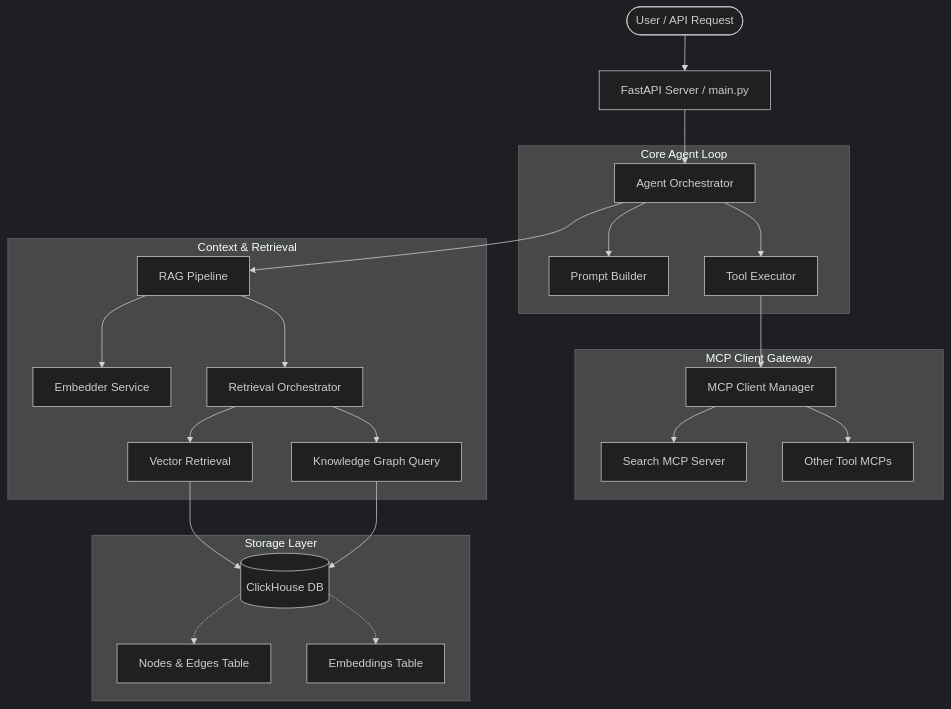
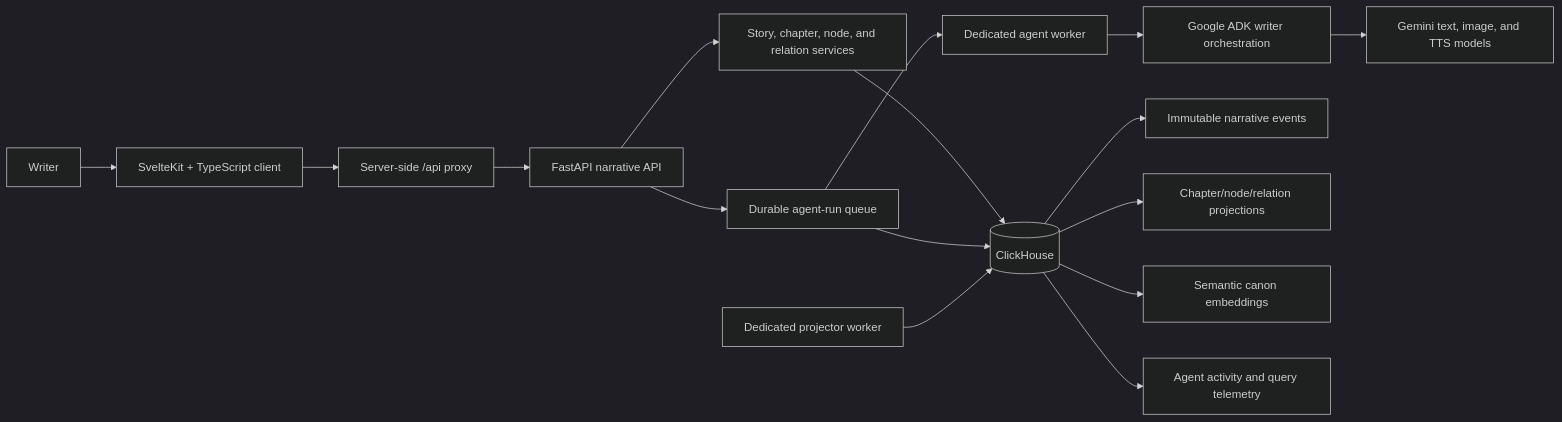
One commit to STRIX-DEV-ORG/CinemAgent changed the diagram in README.md. Above: the diagram before and after it, drawn with Mermaid (dark theme). The commit also changed other lines of this file and 1 other file, not shown here.

````diff
--- a/README.md
+++ b/README.md
@@ -11,31 +46,18 @@
 ```mermaid
-graph TD
-    User([User / API Request]) --> Main[FastAPI Server / main.py]
-    Main --> Agent[Agent Orchestrator]
-    
-    subgraph Core Agent Loop
-        Agent --> Prompts[Prompt Builder]
-        Agent --> Executor[Tool Executor]
-    end
-
-    subgraph MCP Client Gateway
-        Executor --> MCP[MCP Client Manager]
-        MCP --> SearchMCP[Search MCP Server]
-        MCP --> OtherMCPs[Other Tool MCPs]
-    end
-
-    subgraph Context & Retrieval
-        Agent --> RAG[RAG Pipeline]
-        RAG --> Embedder[Embedder Service]
-        RAG --> RetrievalOrch[Retrieval Orchestrator]
-        RetrievalOrch --> VectorSearch[Vector Retrieval]
-        RetrievalOrch --> GraphRetrieval[Knowledge Graph Query]
-    end
-
-    subgraph Storage Layer
-        VectorSearch --> ClickHouse[(ClickHouse DB)]
-        GraphRetrieval --> ClickHouse
-        ClickHouse -.-> NodesEdges[Nodes & Edges Table]
-        ClickHouse -.-> VectorsTable[Embeddings Table]
-    end
+flowchart LR
+    W[Writer] --> C[SvelteKit + TypeScript client]
+    C --> P[Server-side /api proxy]
+    P --> A[FastAPI narrative API]
+    A --> G[Story, chapter, node, and relation services]
+    A --> Q[Durable agent-run queue]
+    Q --> AW[Dedicated agent worker]
+    AW --> ADK[Google ADK writer orchestration]
+    ADK --> GM[Gemini text, image, and TTS models]
+    G --> CH[(ClickHouse)]
+    Q --> CH
+    CH --> E[Immutable narrative events]
+    CH --> PR[Chapter/node/relation projections]
+    CH --> V[Semantic canon embeddings]
+    CH --> T[Agent activity and query telemetry]
+    PW[Dedicated projector worker] --> CH
 ```
````
